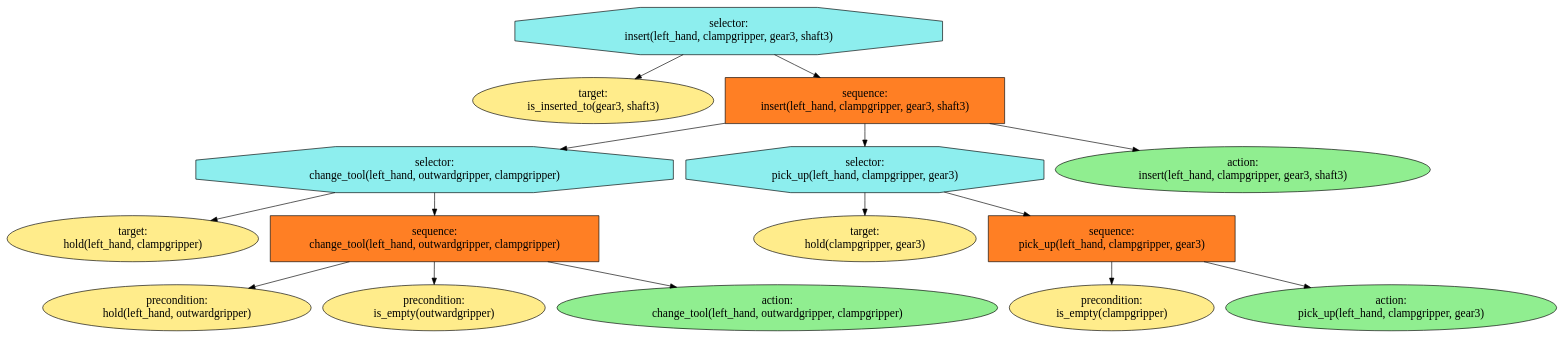
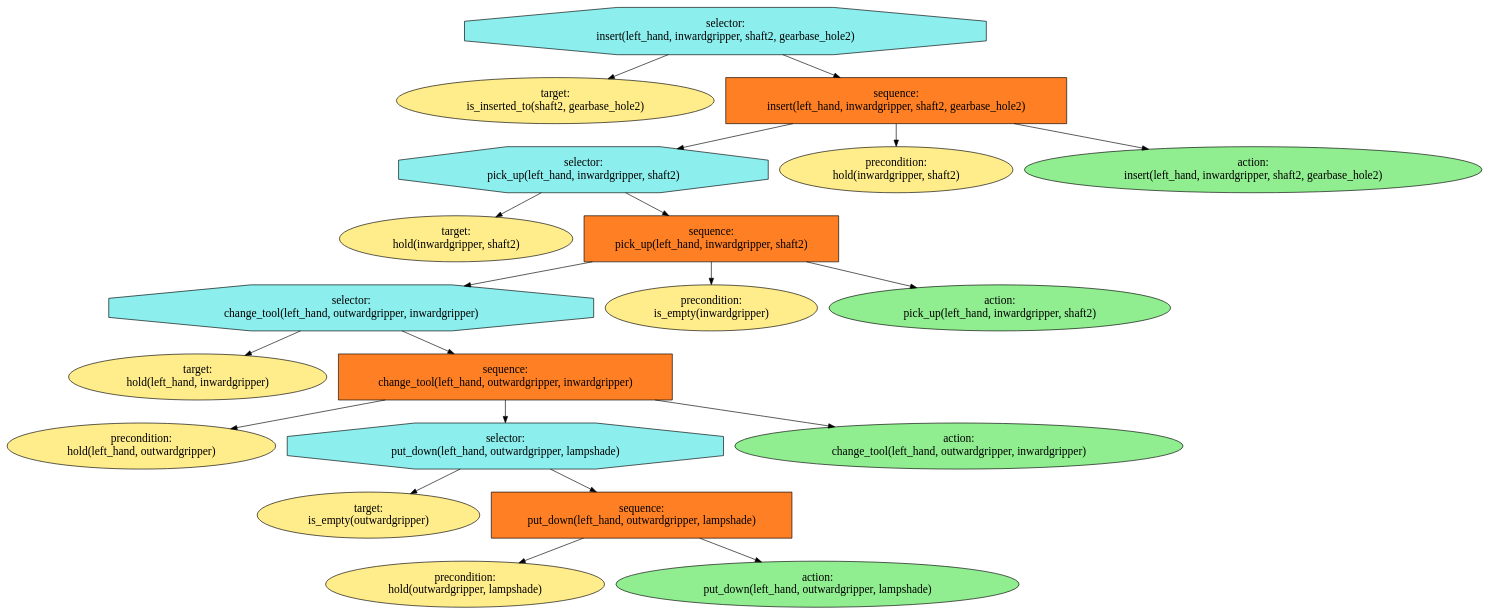
The diagram in kios_bt_planning/kios_utils/visualisation.dot (ProNeverFake/kios), drawn with Graphviz before and after one commit. The commit also changed 5 other files, not shown here.

```diff
--- a/kios_bt_planning/kios_utils/visualisation.dot
+++ b/kios_bt_planning/kios_utils/visualisation.dot
@@ -1,93 +1,123 @@
 digraph pastafarianism {
 ordering=out;
 graph [fontname="times-roman"];
 node [fontname="times-roman"];
 edge [fontname="times-roman"];
 "selector:
- insert(left_hand, clampgripper, gear3, shaft3)" [fillcolor=darkslategray2, fontcolor=black, fontsize=18, label="selector:
- insert(left_hand, clampgripper, gear3, shaft3)", shape=octagon, style=filled];
+ insert(left_hand, inwardgripper, shaft2, gearbase_hole2)" [fillcolor=darkslategray2, fontcolor=black, fontsize=18, label="selector:
+ insert(left_hand, inwardgripper, shaft2, gearbase_hole2)", shape=octagon, style=filled];
 "target:
- is_inserted_to(gear3, shaft3)" [fillcolor=lightgoldenrod1, fontcolor=black, fontsize=18, height=1.0, label="target:
- is_inserted_to(gear3, shaft3)", shape=ellipse, style=filled];
+ is_inserted_to(shaft2, gearbase_hole2)" [fillcolor=lightgoldenrod1, fontcolor=black, fontsize=18, height=1.0, label="target:
+ is_inserted_to(shaft2, gearbase_hole2)", shape=ellipse, style=filled];
 "selector:
- insert(left_hand, clampgripper, gear3, shaft3)" -> "target:
- is_inserted_to(gear3, shaft3)";
+ insert(left_hand, inwardgripper, shaft2, gearbase_hole2)" -> "target:
+ is_inserted_to(shaft2, gearbase_hole2)";
 "sequence:
- insert(left_hand, clampgripper, gear3, shaft3)" [fillcolor=chocolate1, fontcolor=black, fontsize=18, height=1.0, label="sequence:
- insert(left_hand, clampgripper, gear3, shaft3)", shape=box, style=filled];
+ insert(left_hand, inwardgripper, shaft2, gearbase_hole2)" [fillcolor=chocolate1, fontcolor=black, fontsize=18, height=1.0, label="sequence:
+ insert(left_hand, inwardgripper, shaft2, gearbase_hole2)", shape=box, style=filled];
 "selector:
- insert(left_hand, clampgripper, gear3, shaft3)" -> "sequence:
- insert(left_hand, clampgripper, gear3, shaft3)";
+ insert(left_hand, inwardgripper, shaft2, gearbase_hole2)" -> "sequence:
+ insert(left_hand, inwardgripper, shaft2, gearbase_hole2)";
 "selector:
- change_tool(left_hand, outwardgripper, clampgripper)" [fillcolor=darkslategray2, fontcolor=black, fontsize=18, height=1.0, label="selector:
- change_tool(left_hand, outwardgripper, clampgripper)", shape=octagon, style=filled];
+ pick_up(left_hand, inwardgripper, shaft2)" [fillcolor=darkslategray2, fontcolor=black, fontsize=18, height=1.0, label="selector:
+ pick_up(left_hand, inwardgripper, shaft2)", shape=octagon, style=filled];
 "sequence:
- insert(left_hand, clampgripper, gear3, shaft3)" -> "selector:
- change_tool(left_hand, outwardgripper, clampgripper)";
+ insert(left_hand, inwardgripper, shaft2, gearbase_hole2)" -> "selector:
+ pick_up(left_hand, inwardgripper, shaft2)";
 "target:
- hold(left_hand, clampgripper)" [fillcolor=lightgoldenrod1, fontcolor=black, fontsize=18, height=1.0, label="target:
- hold(left_hand, clampgripper)", shape=ellipse, style=filled];
+ hold(inwardgripper, shaft2)" [fillcolor=lightgoldenrod1, fontcolor=black, fontsize=18, height=1.0, label="target:
+ hold(inwardgripper, shaft2)", shape=ellipse, style=filled];
 "selector:
- change_tool(left_hand, outwardgripper, clampgripper)" -> "target:
- hold(left_hand, clampgripper)";
+ pick_up(left_hand, inwardgripper, shaft2)" -> "target:
+ hold(inwardgripper, shaft2)";
 "sequence:
- change_tool(left_hand, outwardgripper, clampgripper)" [fillcolor=chocolate1, fontcolor=black, fontsize=18, height=1.0, label="sequence:
- change_tool(left_hand, outwardgripper, clampgripper)", shape=box, style=filled];
+ pick_up(left_hand, inwardgripper, shaft2)" [fillcolor=chocolate1, fontcolor=black, fontsize=18, height=1.0, label="sequence:
+ pick_up(left_hand, inwardgripper, shaft2)", shape=box, style=filled];
 "selector:
- change_tool(left_hand, outwardgripper, clampgripper)" -> "sequence:
- change_tool(left_hand, outwardgripper, clampgripper)";
+ pick_up(left_hand, inwardgripper, shaft2)" -> "sequence:
+ pick_up(left_hand, inwardgripper, shaft2)";
+"selector:
+ change_tool(left_hand, outwardgripper, inwardgripper)" [fillcolor=darkslategray2, fontcolor=black, fontsize=18, height=1.0, label="selector:
+ change_tool(left_hand, outwardgripper, inwardgripper)", shape=octagon, style=filled];
+"sequence:
+ pick_up(left_hand, inwardgripper, shaft2)" -> "selector:
+ change_tool(left_hand, outwardgripper, inwardgripper)";
+"target:
+ hold(left_hand, inwardgripper)" [fillcolor=lightgoldenrod1, fontcolor=black, fontsize=18, height=1.0, label="target:
+ hold(left_hand, inwardgripper)", shape=ellipse, style=filled];
+"selector:
+ change_tool(left_hand, outwardgripper, inwardgripper)" -> "target:
+ hold(left_hand, inwardgripper)";
+"sequence:
+ change_tool(left_hand, outwardgripper, inwardgripper)" [fillcolor=chocolate1, fontcolor=black, fontsize=18, height=1.0, label="sequence:
+ change_tool(left_hand, outwardgripper, inwardgripper)", shape=box, style=filled];
+"selector:
+ change_tool(left_hand, outwardgripper, inwardgripper)" -> "sequence:
+ change_tool(left_hand, outwardgripper, inwardgripper)";
 "precondition:
  hold(left_hand, outwardgripper)" [fillcolor=lightgoldenrod1, fontcolor=black, fontsize=18, height=1.0, label="precondition:
  hold(left_hand, outwardgripper)", shape=ellipse, style=filled];
 "sequence:
- change_tool(left_hand, outwardgripper, clampgripper)" -> "precondition:
+ change_tool(left_hand, outwardgripper, inwardgripper)" -> "precondition:
  hold(left_hand, outwardgripper)";
+"selector:
+ put_down(left_hand, outwardgripper, lampshade)" [fillcolor=darkslategray2, fontcolor=black, fontsize=18, height=1.0, label="selector:
+ put_down(left_hand, outwardgripper, lampshade)", shape=octagon, style=filled];
+"sequence:
+ change_tool(left_hand, outwardgripper, inwardgripper)" -> "selector:
+ put_down(left_hand, outwardgripper, lampshade)";
+"target:
+ is_empty(outwardgripper)" [fillcolor=lightgoldenrod1, fontcolor=black, fontsize=18, height=1.0, label="target:
+ is_empty(outwardgripper)", shape=ellipse, style=filled];
+"selector:
+ put_down(left_hand, outwardgripper, lampshade)" -> "target:
+ is_empty(outwardgripper)";
+"sequence:
+ put_down(left_hand, outwardgripper, lampshade)" [fillcolor=chocolate1, fontcolor=black, fontsize=18, height=1.0, label="sequence:
+ put_down(left_hand, outwardgripper, lampshade)", shape=box, style=filled];
+"selector:
+ put_down(left_hand, outwardgripper, lampshade)" -> "sequence:
+ put_down(left_hand, outwardgripper, lampshade)";
 "precondition:
- is_empty(outwardgripper)" [fillcolor=lightgoldenrod1, fontcolor=black, fontsize=18, height=1.0, label="precondition:
- is_empty(outwardgripper)", shape=ellipse, style=filled];
+ hold(outwardgripper, lampshade)" [fillcolor=lightgoldenrod1, fontcolor=black, fontsize=18, height=1.0, label="precondition:
+ hold(outwardgripper, lampshade)", shape=ellipse, style=filled];
 "sequence:
- change_tool(left_hand, outwardgripper, clampgripper)" -> "precondition:
- is_empty(outwardgripper)";
+ put_down(left_hand, outwardgripper, lampshade)" -> "precondition:
+ hold(outwardgripper, lampshade)";
 "action:
- change_tool(left_hand, outwardgripper, clampgripper)" [fillcolor=lightgreen, fontcolor=black, fontsize=18, height=1.0, label="action:
- change_tool(left_hand, outwardgripper, clampgripper)", shape=ellipse, style=filled];
+ put_down(left_hand, outwardgripper, lampshade)" [fillcolor=lightgreen, fontcolor=black, fontsize=18, height=1.0, label="action:
+ put_down(left_hand, outwardgripper, lampshade)", shape=ellipse, style=filled];
 "sequence:
- change_tool(left_hand, outwardgripper, clampgripper)" -> "action:
- change_tool(left_hand, outwardgripper, clampgripper)";
-"selector:
- pick_up(left_hand, clampgripper, gear3)" [fillcolor=darkslategray2, fontcolor=black, fontsize=18, height=1.0, label="selector:
- pick_up(left_hand, clampgripper, gear3)", shape=octagon, style=filled];
+ put_down(left_hand, outwardgripper, lampshade)" -> "action:
+ put_down(left_hand, outwardgripper, lampshade)";
+"action:
+ change_tool(left_hand, outwardgripper, inwardgripper)" [fillcolor=lightgreen, fontcolor=black, fontsize=18, height=1.0, label="action:
+ change_tool(left_hand, outwardgripper, inwardgripper)", shape=ellipse, style=filled];
 "sequence:
- insert(left_hand, clampgripper, gear3, shaft3)" -> "selector:
- pick_up(left_hand, clampgripper, gear3)";
-"target:
- hold(clampgripper, gear3)" [fillcolor=lightgoldenrod1, fontcolor=black, fontsize=18, height=1.0, label="target:
- hold(clampgripper, gear3)", shape=ellipse, style=filled];
-"selector:
- pick_up(left_hand, clampgripper, gear3)" -> "target:
- hold(clampgripper, gear3)";
+ change_tool(left_hand, outwardgripper, inwardgripper)" -> "action:
+ change_tool(left_hand, outwardgripper, inwardgripper)";
+"precondition:
+ is_empty(inwardgripper)" [fillcolor=lightgoldenrod1, fontcolor=black, fontsize=18, height=1.0, label="precondition:
+ is_empty(inwardgripper)", shape=ellipse, style=filled];
 "sequence:
- pick_up(left_hand, clampgripper, gear3)" [fillcolor=chocolate1, fontcolor=black, fontsize=18, height=1.0, label="sequence:
- pick_up(left_hand, clampgripper, gear3)", shape=box, style=filled];
-"selector:
- pick_up(left_hand, clampgripper, gear3)" -> "sequence:
- pick_up(left_hand, clampgripper, gear3)";
+ pick_up(left_hand, inwardgripper, shaft2)" -> "precondition:
+ is_empty(inwardgripper)";
+"action:
+ pick_up(left_hand, inwardgripper, shaft2)" [fillcolor=lightgreen, fontcolor=black, fontsize=18, height=1.0, label="action:
+ pick_up(left_hand, inwardgripper, shaft2)", shape=ellipse, style=filled];
+"sequence:
+ pick_up(left_hand, inwardgripper, shaft2)" -> "action:
+ pick_up(left_hand, inwardgripper, shaft2)";
 "precondition:
- is_empty(clampgripper)" [fillcolor=lightgoldenrod1, fontcolor=black, fontsize=18, height=1.0, label="precondition:
- is_empty(clampgripper)", shape=ellipse, style=filled];
+ hold(inwardgripper, shaft2)" [fillcolor=lightgoldenrod1, fontcolor=black, fontsize=18, height=1.0, label="precondition:
+ hold(inwardgripper, shaft2)", shape=ellipse, style=filled];
 "sequence:
- pick_up(left_hand, clampgripper, gear3)" -> "precondition:
- is_empty(clampgripper)";
+ insert(left_hand, inwardgripper, shaft2, gearbase_hole2)" -> "precondition:
+ hold(inwardgripper, shaft2)";
 "action:
- pick_up(left_hand, clampgripper, gear3)" [fillcolor=lightgreen, fontcolor=black, fontsize=18, height=1.0, label="action:
- pick_up(left_hand, clampgripper, gear3)", shape=ellipse, style=filled];
+ insert(left_hand, inwardgripper, shaft2, gearbase_hole2)" [fillcolor=lightgreen, fontcolor=black, fontsize=18, height=1.0, label="action:
+ insert(left_hand, inwardgripper, shaft2, gearbase_hole2)", shape=ellipse, style=filled];
 "sequence:
- pick_up(left_hand, clampgripper, gear3)" -> "action:
- pick_up(left_hand, clampgripper, gear3)";
-"action:
- insert(left_hand, clampgripper, gear3, shaft3)" [fillcolor=lightgreen, fontcolor=black, fontsize=18, height=1.0, label="action:
- insert(left_hand, clampgripper, gear3, shaft3)", shape=ellipse, style=filled];
-"sequence:
- insert(left_hand, clampgripper, gear3, shaft3)" -> "action:
- insert(left_hand, clampgripper, gear3, shaft3)";
+ insert(left_hand, inwardgripper, shaft2, gearbase_hole2)" -> "action:
+ insert(left_hand, inwardgripper, shaft2, gearbase_hole2)";
 }
```
